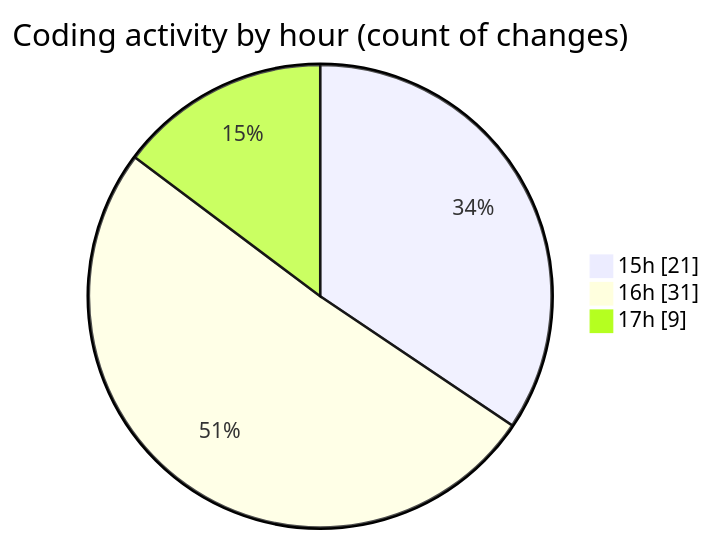
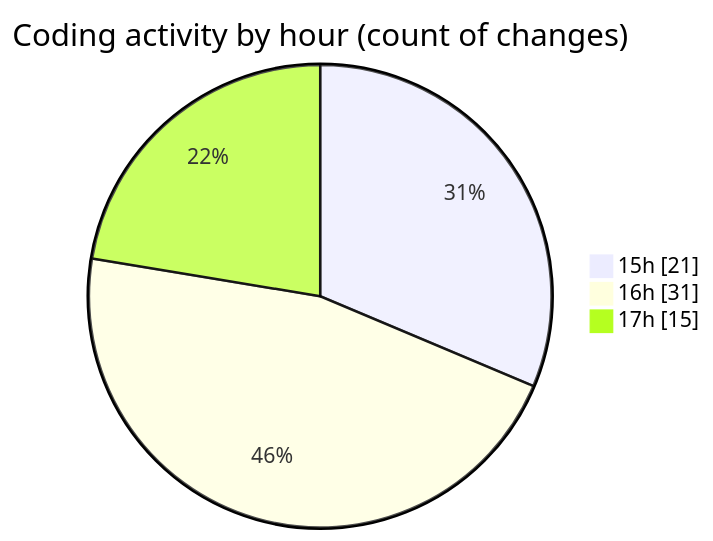
Before and after one commit to NitaiMahat/code-tracking: the second of 2 diagrams in 2025-01-26/results-summary-component-main/README.md, drawn with Mermaid. The commit also changed other lines of this file and 1 other file, not shown here.

````diff
--- a/2025-01-26/results-summary-component-main/README.md
+++ b/2025-01-26/results-summary-component-main/README.md
@@ -30,7 +30,7 @@
 ```mermaid
 pie showData
 title Coding activity by hour (count of changes)
 "15h" : 21
 "16h" : 31
-"17h" : 9
+"17h" : 15
 ```
````
